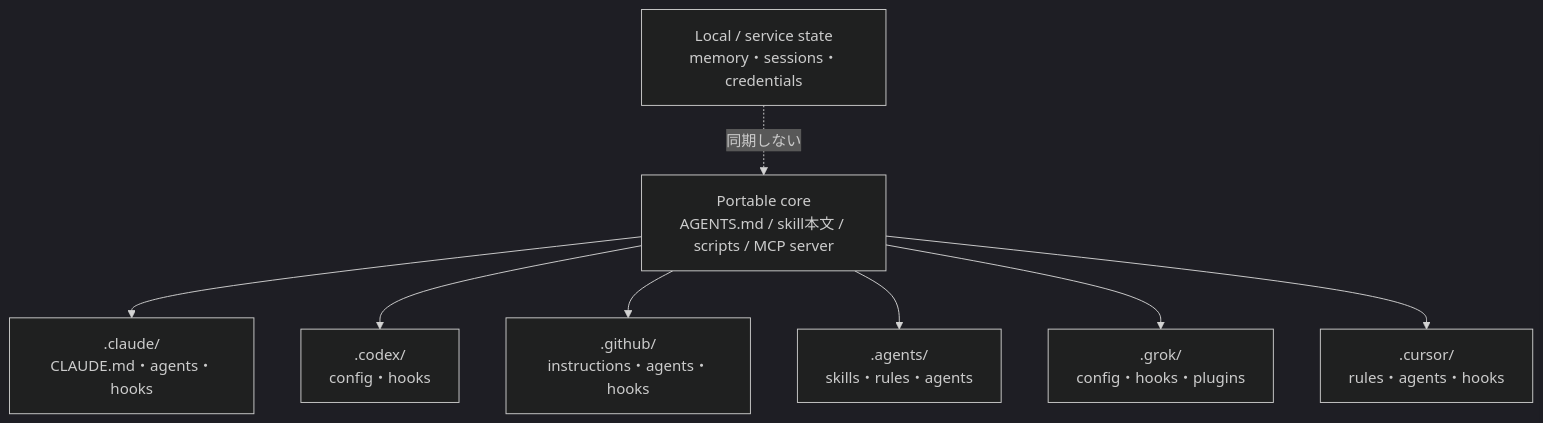
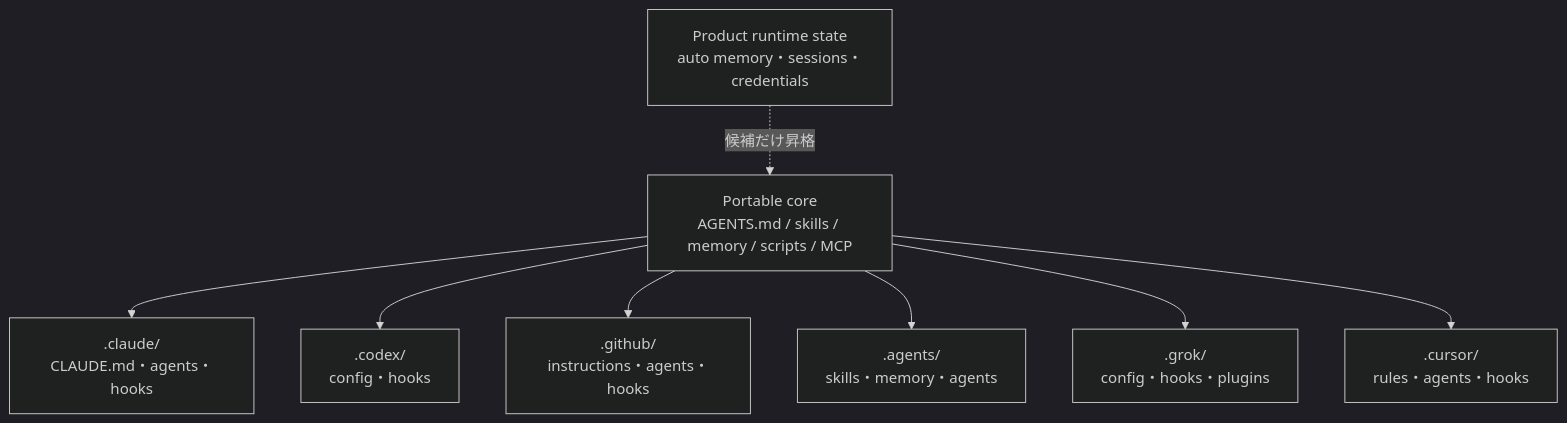
One commit to suwa-sh/zenn-contents changed the third of 3 diagrams in articles/agentic-coding-clis_20260807.md. Above: the diagram before and after it, drawn with Mermaid (dark theme). The commit also changed other lines of this file and 1 other file, not shown here.

````diff
--- a/articles/agentic-coding-clis_20260807.md
+++ b/articles/agentic-coding-clis_20260807.md
@@ -232,11 +254,11 @@
 ```mermaid
 flowchart TD
-    CORE["Portable core<br/>AGENTS.md / skill本文 / scripts / MCP server"]
+    CORE["Portable core<br/>AGENTS.md / skills / memory / scripts / MCP"]
     CORE --> CL[".claude/<br/>CLAUDE.md・agents・hooks"]
     CORE --> CX[".codex/<br/>config・hooks"]
     CORE --> GH[".github/<br/>instructions・agents・hooks"]
-    CORE --> AG[".agents/<br/>skills・rules・agents"]
+    CORE --> AG[".agents/<br/>skills・memory・agents"]
     CORE --> GR[".grok/<br/>config・hooks・plugins"]
     CORE --> CU[".cursor/<br/>rules・agents・hooks"]
-    MEM["Local / service state<br/>memory・sessions・credentials"] -. "同期しない" .-> CORE
+    AUTO["Product runtime state<br/>auto memory・sessions・credentials"] -. "候補だけ昇格" .-> CORE
 ```
````
